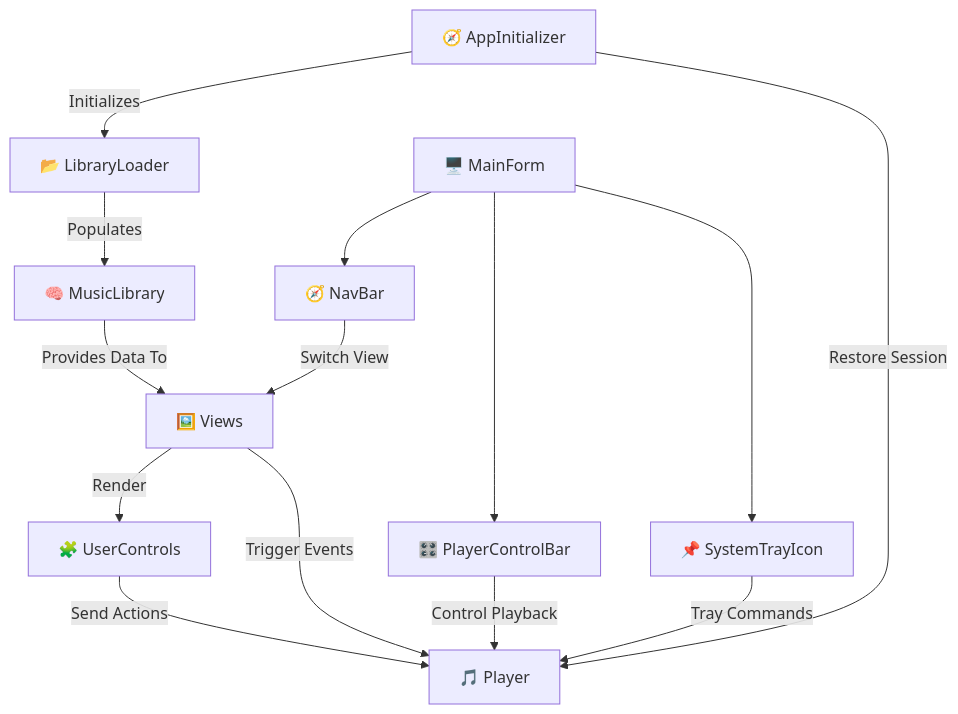
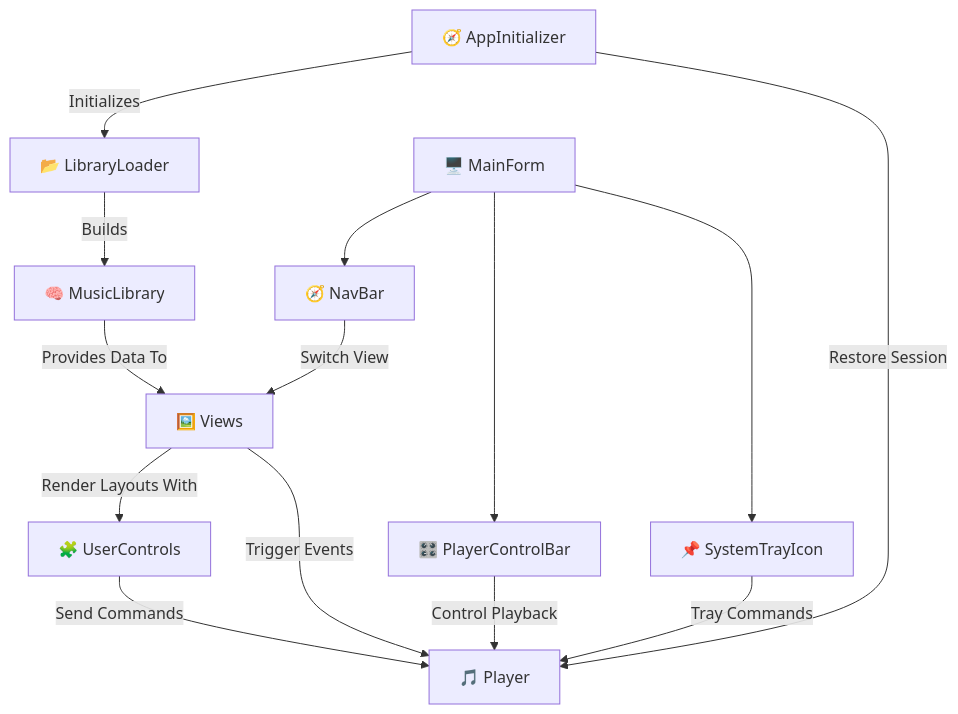
The first of 2 diagrams in docs/components.md (AlexPlec/Audio-256), drawn with Mermaid before and after one commit. The commit also changed other lines of this file and 2 other files, not shown here.

First line of the commit message:
Revise and clarify documentation for components and controls

````diff
--- a/docs/components.md
+++ b/docs/components.md
@@ -15,16 +16,16 @@
 ```mermaid
 graph TD
     AppInitializer["🧭 AppInitializer"] -->|Initializes| LibraryLoader["📂 LibraryLoader"]
-    LibraryLoader -->|Populates| MusicLibrary["🧠 MusicLibrary"]
+    LibraryLoader -->|Builds| MusicLibrary["🧠 MusicLibrary"]
     MusicLibrary -->|Provides Data To| Views["🖼️ Views"]
-    Views -->|Render| UserControls["🧩 UserControls"]
+    Views -->|Render Layouts With| UserControls["🧩 UserControls"]
     Views -->|Trigger Events| Player["🎵 Player"]
-    UserControls -->|Send Actions| Player
+    UserControls -->|Send Commands| Player
     AppInitializer -->|Restore Session| Player
     MainForm["🖥️ MainForm"] --> NavBar["🧭 NavBar"]
     MainForm --> PlayerControlBar["🎛️ PlayerControlBar"]
     MainForm --> SystemTrayIcon["📌 SystemTrayIcon"]
     NavBar -->|Switch View| Views
     PlayerControlBar -->|Control Playback| Player
     SystemTrayIcon -->|Tray Commands| Player
 ```
````
